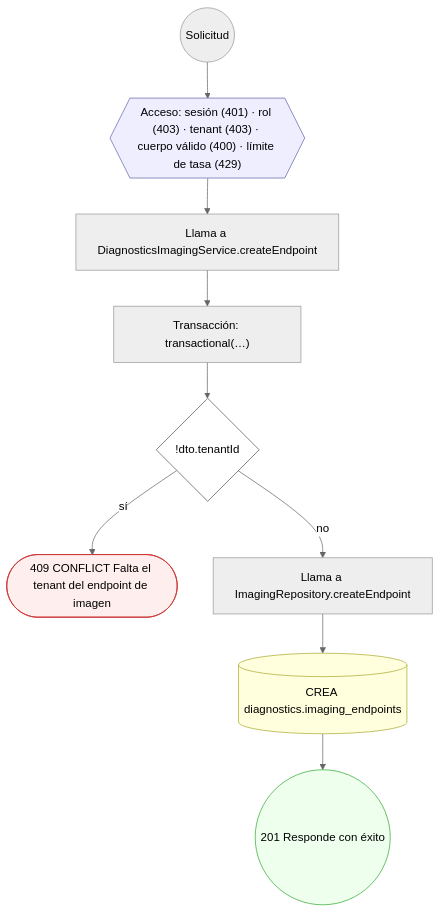
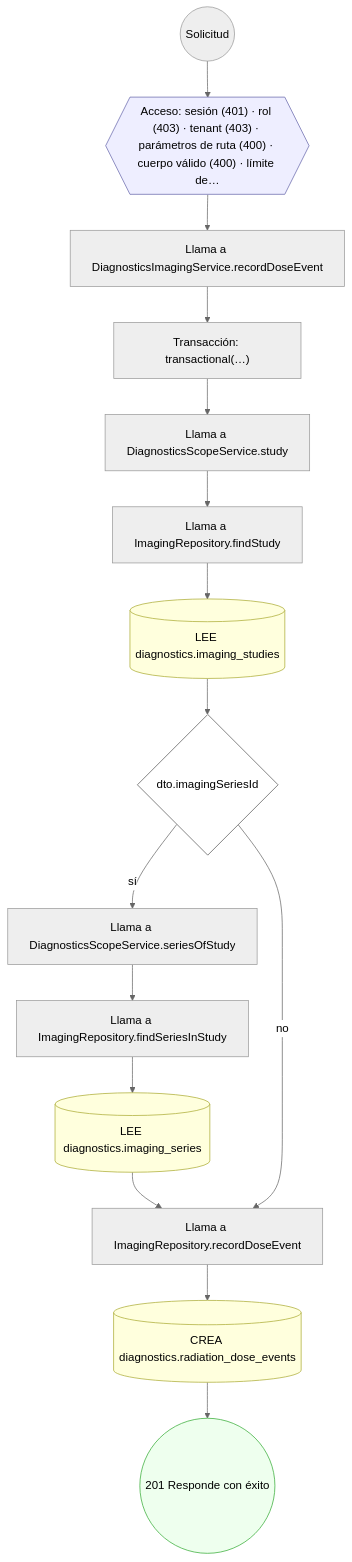
Before and after one commit to mdavila-2001/mantra-core-health-api: diagram 20 of 31 in docs/inventario/flujos/diagnostics.md, drawn with Mermaid (neutral theme). The commit also changed other lines of this file and 438 other files, not shown here.

````diff
--- a/docs/inventario/flujos/diagnostics.md
+++ b/docs/inventario/flujos/diagnostics.md
@@ -1541,26 +1824,37 @@
 ```mermaid
 flowchart TD
   n1(("Solicitud")):::inicio
-  n2{{"Acceso: sesión (401) · rol (403) · tenant (403) · cuerpo válido (400) · límite de tasa (429)"}}:::acceso
+  n2{{"Acceso: sesión (401) · rol (403) · tenant (403) · parámetros de ruta (400) · cuerpo válido (400) · límite de…"}}:::acceso
   n1 --> n2
-  n3["Llama a DiagnosticsImagingService.createEndpoint"]:::llamada
+  n3["Llama a DiagnosticsImagingService.recordDoseEvent"]:::llamada
   n2 --> n3
   n4["Transacción: transactional(…)"]:::transaccion
   n3 --> n4
-  n5{"!dto.tenantId"}:::decision
+  n5["Llama a DiagnosticsScopeService.study"]:::llamada
   n4 --> n5
-  n6(["409 CONFLICT Falta el tenant del endpoint de imagen"]):::error
-  n5 -->|"sí"| n6
-  n7["Llama a ImagingRepository.createEndpoint"]:::llamada
-  n5 -->|"no"| n7
-  n8[("CREA diagnostics.imaging_endpoints")]:::efecto
+  n6["Llama a ImagingRepository.findStudy"]:::llamada
+  n5 --> n6
+  n7[("LEE diagnostics.imaging_studies")]:::efecto
+  n6 --> n7
+  n8{"dto.imagingSeriesId"}:::decision
   n7 --> n8
-  n9(("201 Responde con éxito")):::ok
-  n8 --> n9
+  n9["Llama a DiagnosticsScopeService.seriesOfStudy"]:::llamada
+  n8 -->|"sí"| n9
+  n10["Llama a ImagingRepository.findSeriesInStudy"]:::llamada
+  n9 --> n10
+  n11[("LEE diagnostics.imaging_series")]:::efecto
+  n10 --> n11
+  n12["Llama a ImagingRepository.recordDoseEvent"]:::llamada
+  n11 --> n12
+  n8 -->|"no"| n12
+  n13[("CREA diagnostics.radiation_dose_events")]:::efecto
+  n12 --> n13
+  n14(("201 Responde con éxito")):::ok
+  n13 --> n14
   classDef acceso fill:#eef,stroke:#66a
   classDef error fill:#fee,stroke:#c33
   classDef ok fill:#efe,stroke:#3a3
   classDef efecto fill:#ffd,stroke:#aa3
   classDef decision fill:#fff,stroke:#555
   classDef corte fill:#eee,stroke:#999,stroke-dasharray: 4
 ```
````
